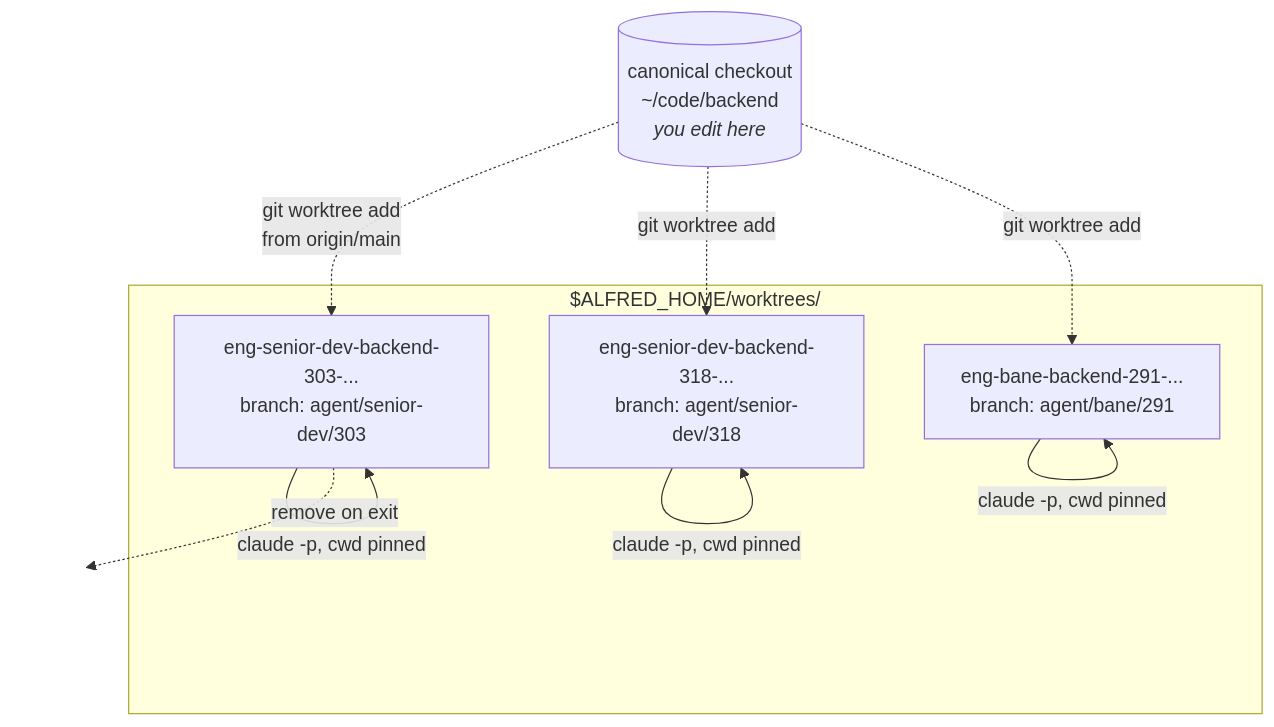
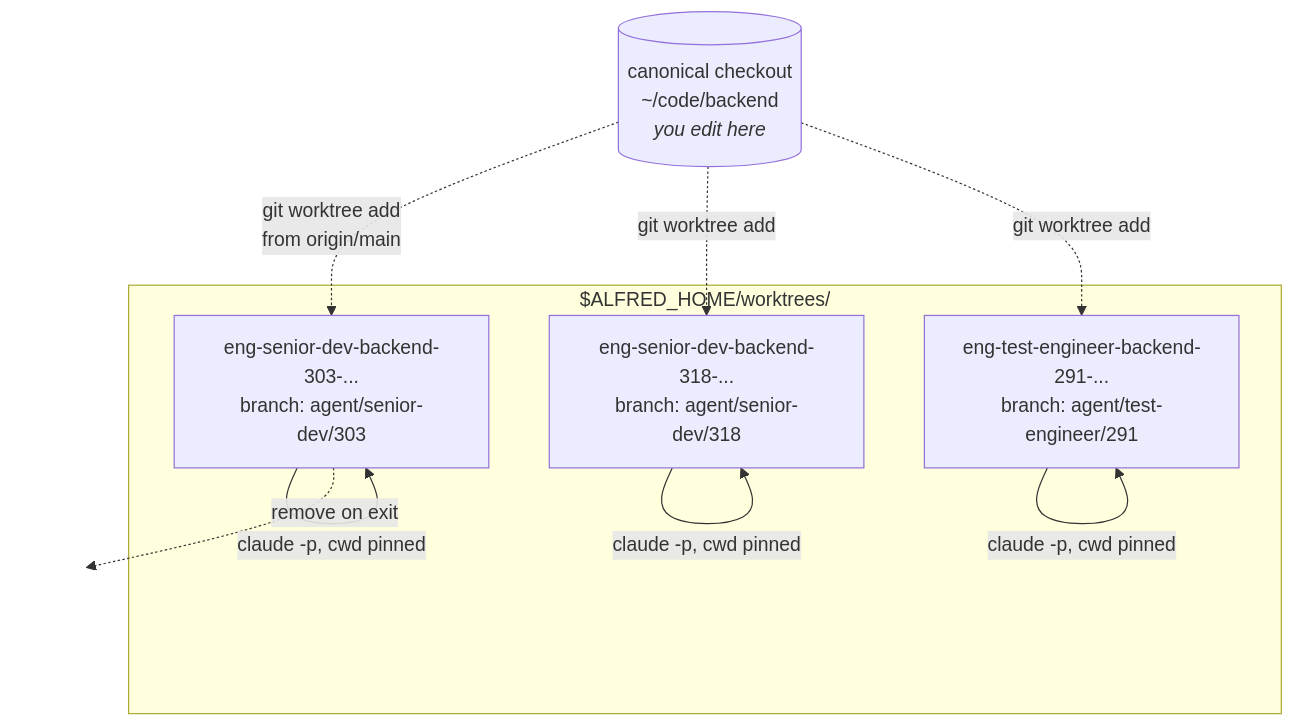
One commit to luminik-io/alfred changed the third of 4 diagrams in site/src/content/docs/concepts/architecture.md. Above: the diagram before and after it, drawn with Mermaid. The commit also changed other lines of this file and 4 other files, not shown here.

````diff
--- a/site/src/content/docs/concepts/architecture.md
+++ b/site/src/content/docs/concepts/architecture.md
@@ -100,19 +101,19 @@
 ```mermaid
 flowchart TB
     main[("canonical checkout<br/>~/code/backend<br/><i>you edit here</i>")]
 
     subgraph wt["$ALFRED_HOME/worktrees/"]
         w1["eng-senior-dev-backend-303-...<br/>branch: agent/senior-dev/303"]
         w2["eng-senior-dev-backend-318-...<br/>branch: agent/senior-dev/318"]
-        w3["eng-bane-backend-291-...<br/>branch: agent/bane/291"]
+        w3["eng-test-engineer-backend-291-...<br/>branch: agent/test-engineer/291"]
     end
 
     main -. "git worktree add<br/>from origin/main" .-> w1
     main -. "git worktree add" .-> w2
     main -. "git worktree add" .-> w3
     w1 -- "claude -p, cwd pinned" --> w1
     w2 -- "claude -p, cwd pinned" --> w2
     w3 -- "claude -p, cwd pinned" --> w3
     w1 -. "remove on exit" .-> x1[" "]
     style x1 fill:none,stroke:none
 ```
````
